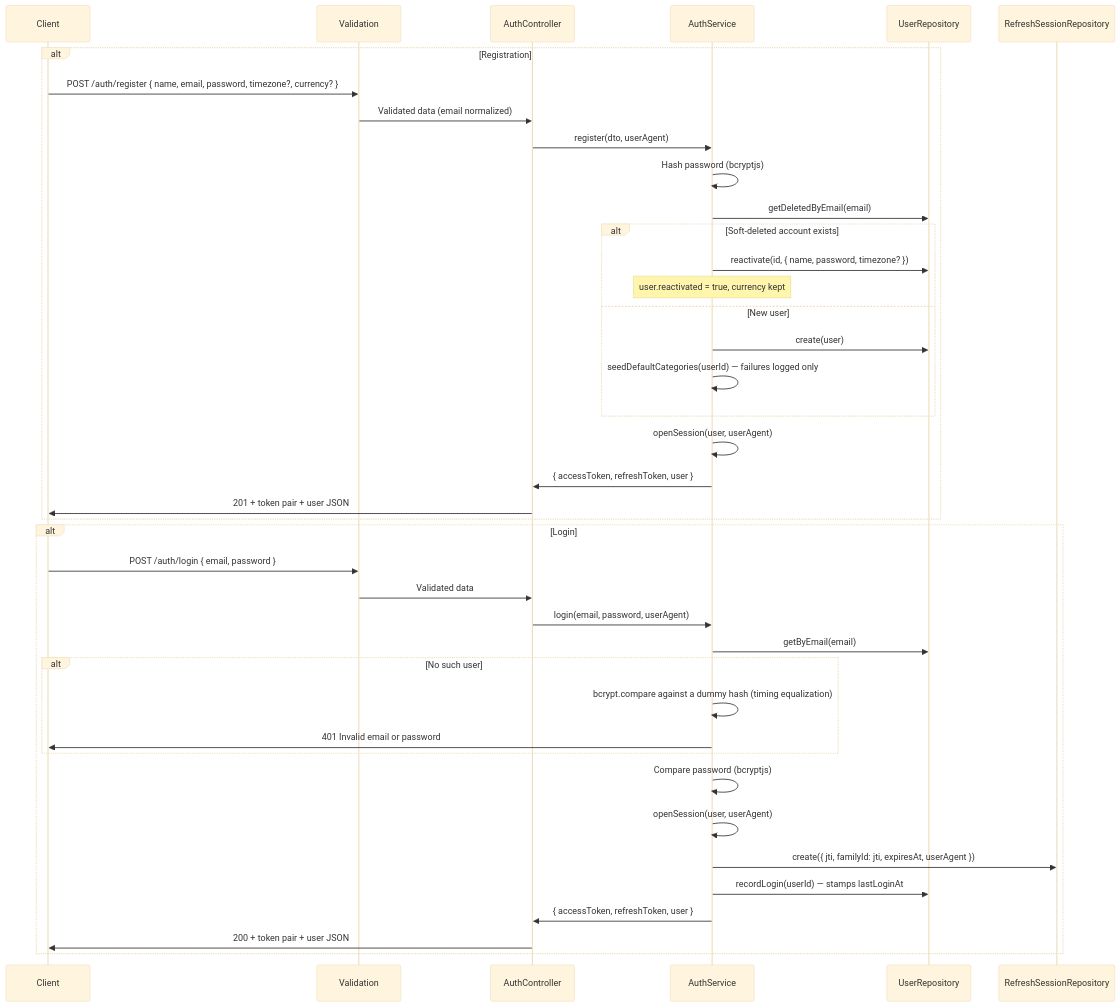
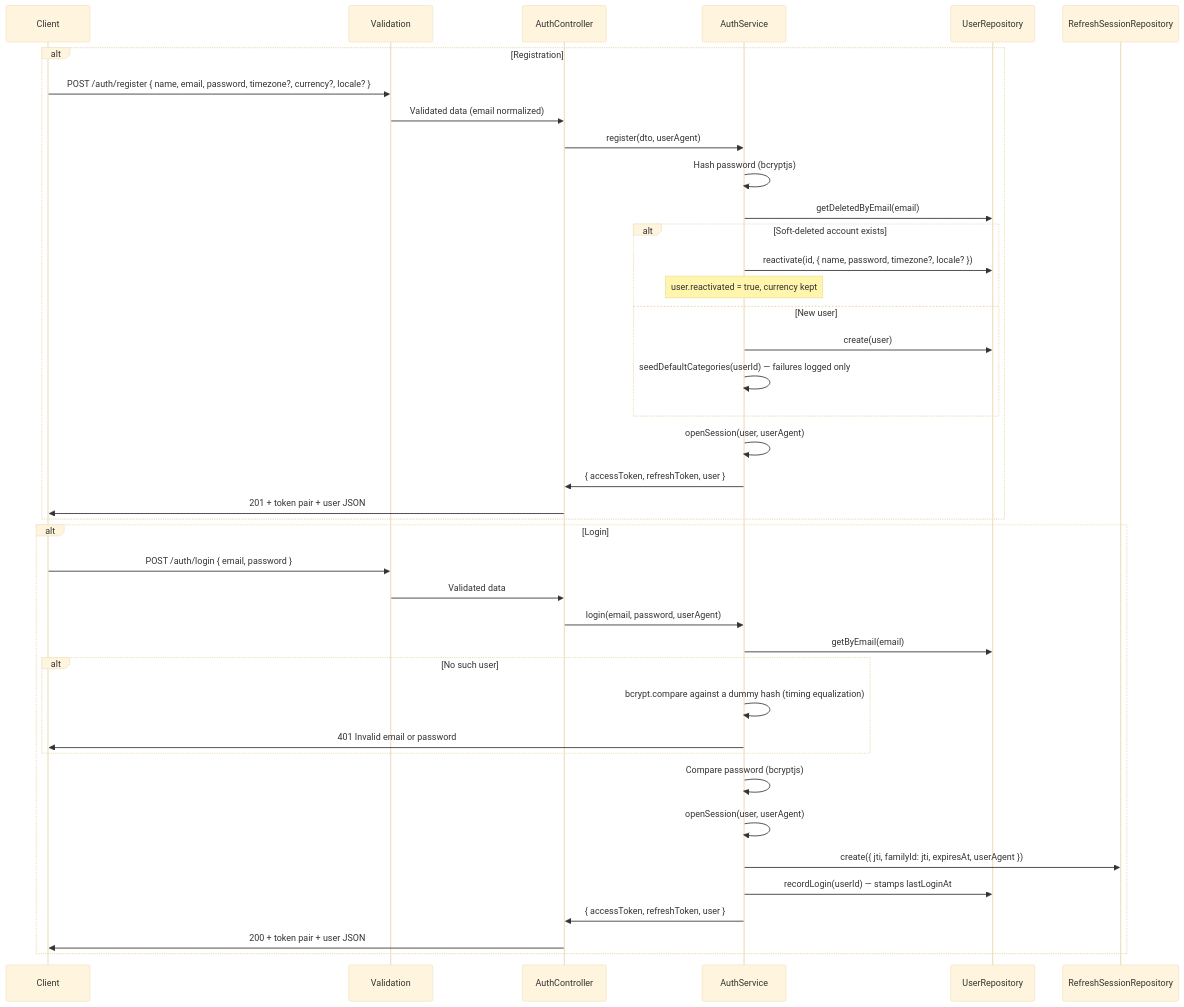
Before and after one commit to alex16jpv/lag-money-manager: the first of 2 diagrams in docs/modules/auth.md, drawn with Mermaid (base theme). The commit also changed other lines of this file and 32 other files, not shown here.

````diff
--- a/docs/modules/auth.md
+++ b/docs/modules/auth.md
@@ -127,44 +130,44 @@
 ```mermaid
 sequenceDiagram
     participant C as Client
     participant V as Validation
     participant CTRL as AuthController
     participant SVC as AuthService
     participant REPO as UserRepository
     participant SESS as RefreshSessionRepository
 
     alt Registration
-        C->>V: POST /auth/register { name, email, password, timezone?, currency? }
+        C->>V: POST /auth/register { name, email, password, timezone?, currency?, locale? }
         V->>CTRL: Validated data (email normalized)
         CTRL->>SVC: register(dto, userAgent)
         SVC->>SVC: Hash password (bcryptjs)
         SVC->>REPO: getDeletedByEmail(email)
         alt Soft-deleted account exists
-            SVC->>REPO: reactivate(id, { name, password, timezone? })
+            SVC->>REPO: reactivate(id, { name, password, timezone?, locale? })
             Note over SVC: user.reactivated = true, currency kept
         else New user
             SVC->>REPO: create(user)
             SVC->>SVC: seedDefaultCategories(userId) — failures logged only
         end
         SVC->>SVC: openSession(user, userAgent)
         SVC->>CTRL: { accessToken, refreshToken, user }
         CTRL->>C: 201 + token pair + user JSON
     end
 
     alt Login
         C->>V: POST /auth/login { email, password }
         V->>CTRL: Validated data
         CTRL->>SVC: login(email, password, userAgent)
         SVC->>REPO: getByEmail(email)
         alt No such user
             SVC->>SVC: bcrypt.compare against a dummy hash (timing equalization)
             SVC->>C: 401 Invalid email or password
         end
         SVC->>SVC: Compare password (bcryptjs)
         SVC->>SVC: openSession(user, userAgent)
         SVC->>SESS: create({ jti, familyId: jti, expiresAt, userAgent })
         SVC->>REPO: recordLogin(userId) — stamps lastLoginAt
         SVC->>CTRL: { accessToken, refreshToken, user }
         CTRL->>C: 200 + token pair + user JSON
     end
 ```
````
